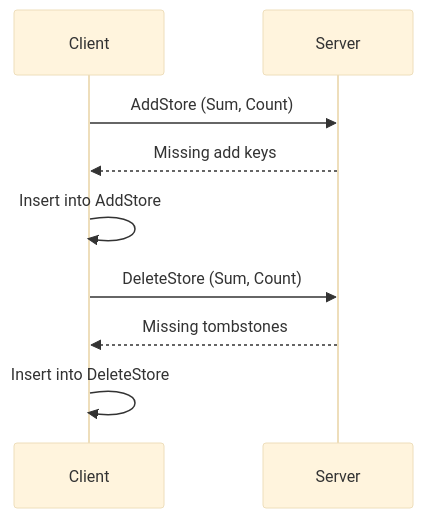
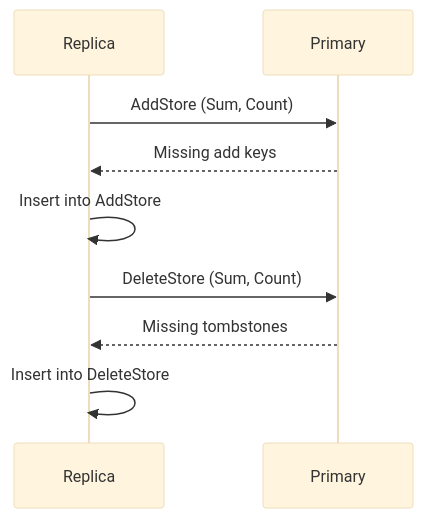
The seventh of 8 diagrams in SetSum/Sync/README.md (arj03/setsum-cs), drawn with Mermaid (base theme) before and after one commit. The commit also changed other lines of this file and 5 other files, not shown here.

Commit message:
Move things around and clear terminology to use primary and replica

````diff
--- a/SetSum/Sync/README.md
+++ b/SetSum/Sync/README.md
@@ -283,13 +283,13 @@
 ```mermaid
 sequenceDiagram
-    participant C as Client
-    participant S as Server
+    participant R as Replica
+    participant P as Primary
 
-    C->>S: AddStore (Sum, Count)
-    S-->>C: Missing add keys
-    C->>C: Insert into AddStore
+    R->>P: AddStore (Sum, Count)
+    P-->>R: Missing add keys
+    R->>R: Insert into AddStore
 
-    C->>S: DeleteStore (Sum, Count)
-    S-->>C: Missing tombstones
-    C->>C: Insert into DeleteStore
+    R->>P: DeleteStore (Sum, Count)
+    P-->>R: Missing tombstones
+    R->>R: Insert into DeleteStore
 ```
````
